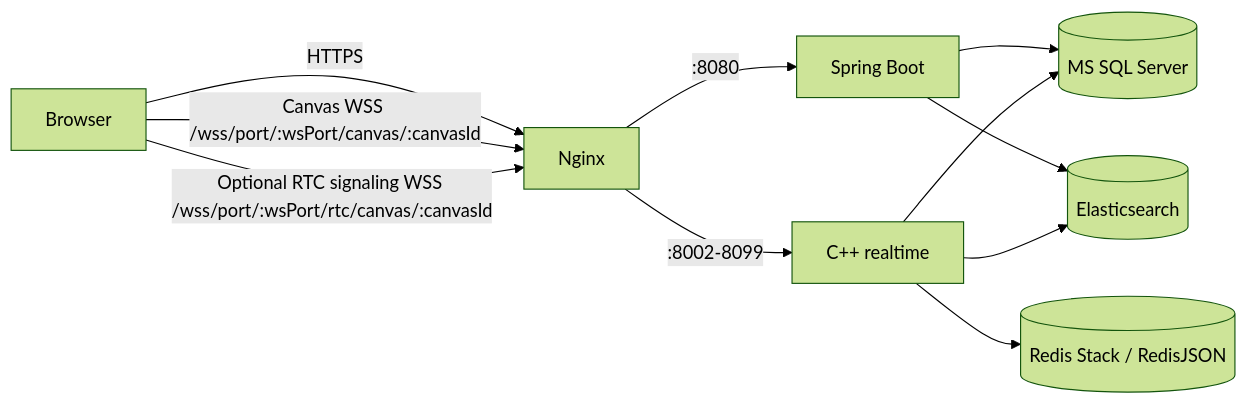
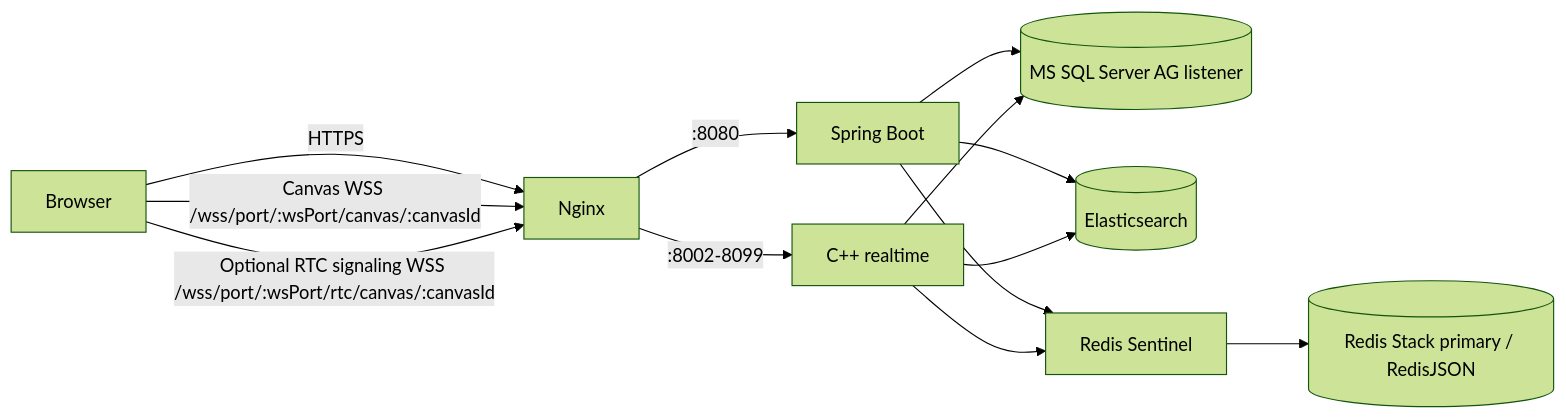
The diagram in README.md (LHS11110/project-agora-BE), drawn with Mermaid (forest theme) before and after one commit. The commit also changed other lines of this file and 10 other files, not shown here.

Commit message:
feat: add MSSQL availability group listener and multi-subnet failover support with robust connection pool retry logic

````diff
--- a/README.md
+++ b/README.md
@@ -9,13 +9,15 @@
 ```mermaid
 flowchart LR
     Browser[Browser] -->|HTTPS| Nginx
     Browser -->|Canvas WSS /wss/port/:wsPort/canvas/:canvasId| Nginx
     Browser -->|Optional RTC signaling WSS /wss/port/:wsPort/rtc/canvas/:canvasId| Nginx
     Nginx -->|:8080| Spring[Spring Boot]
     Nginx -->|:8002-8099| Cpp[C++ realtime]
-    Spring --> MSSQL[(MS SQL Server)]
+    Spring --> MSSQL[(MS SQL Server AG listener)]
     Spring --> ES[(Elasticsearch)]
+    Spring --> Sentinel[Redis Sentinel]
     Cpp --> MSSQL
-    Cpp --> Redis[(Redis Stack / RedisJSON)]
+    Cpp --> Sentinel
+    Sentinel --> Redis[(Redis Stack primary / RedisJSON)]
     Cpp --> ES
 ```
````
